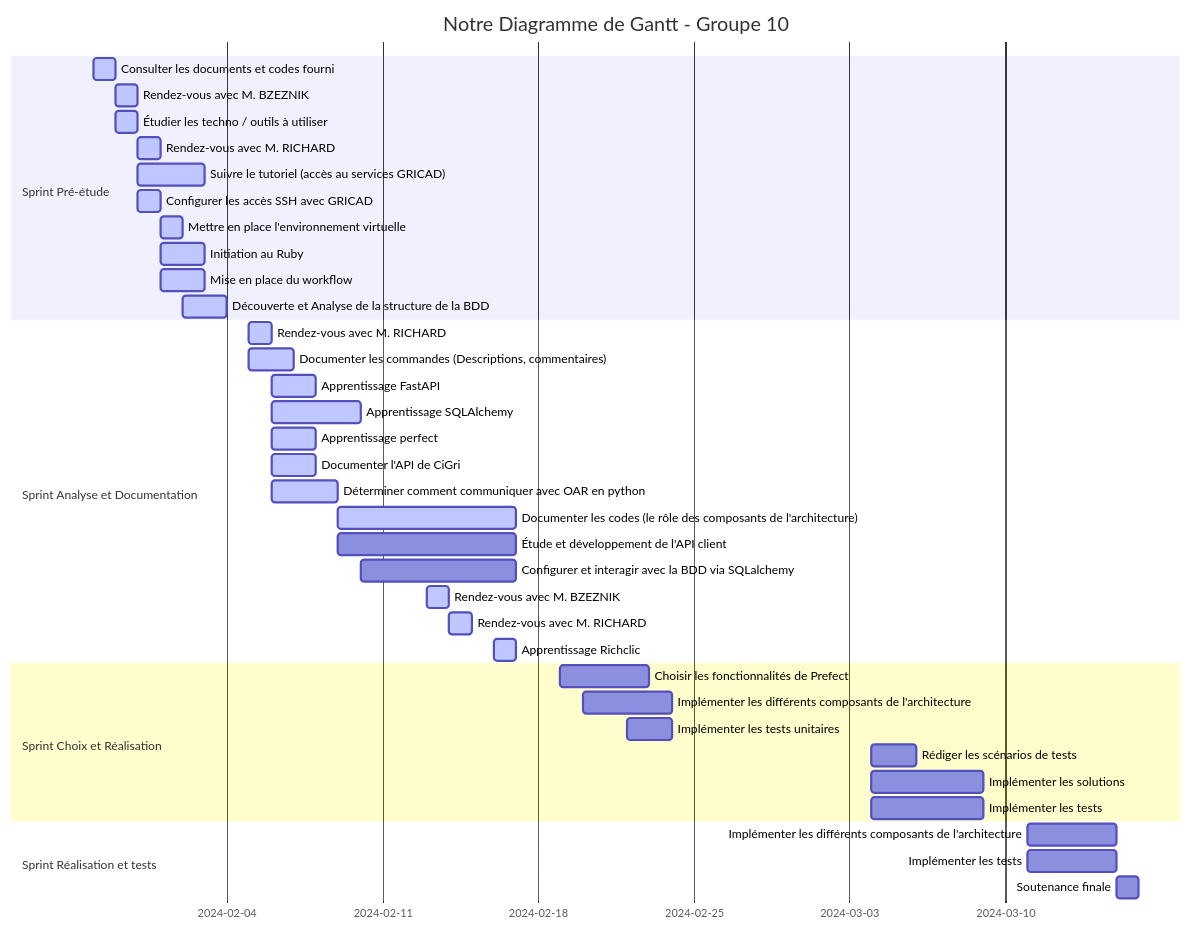
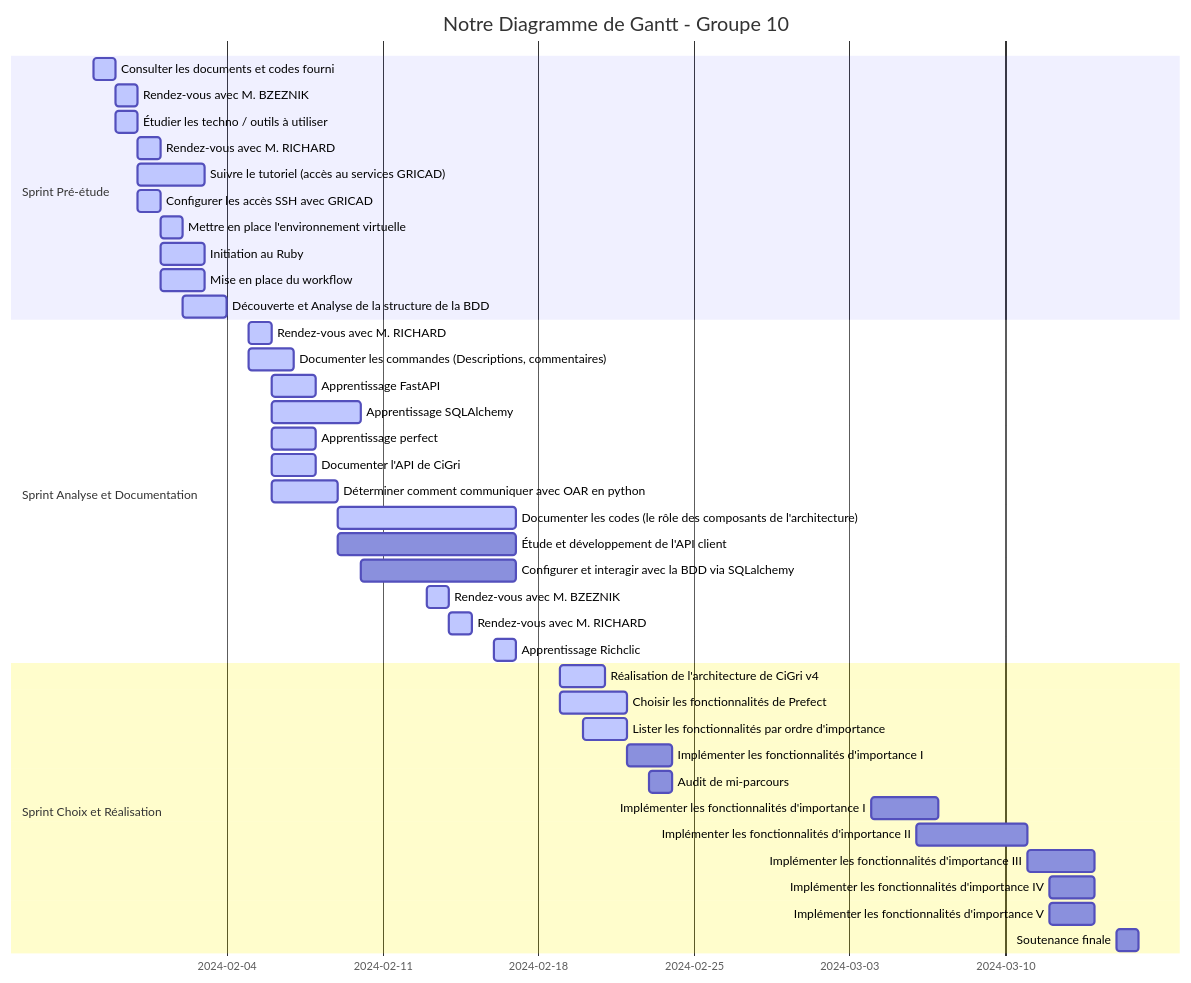
The diagram in gantt_diagram.md (2023-2024-PROJET-S10-G10/docs), drawn with Mermaid before and after one commit. The commit also changed 5 other files, not shown here.

Commit message:
added architecture_cigri_v4 + updated logbook, gantt and daily

````diff
--- a/gantt_diagram.md
+++ b/gantt_diagram.md
@@ -1,41 +1,42 @@
 ```mermaid
 gantt
     title Notre Diagramme de Gantt - Groupe 10
     dateFormat YYYY-MM-DD
     section Sprint Pré-étude
         Consulter les documents et codes fourni                         :active, 2024-01-29, 1d
         Rendez-vous avec M. BZEZNIK                                     :active, 2024-01-30, 1d
         Étudier les techno / outils à utiliser                          :active, 2024-01-30, 1d
         Rendez-vous avec M. RICHARD                                     :active, 2024-01-31, 1d
         Suivre le tutoriel (accès au services GRICAD)                   :active, 2024-01-31, 3d
         Configurer les accès SSH avec GRICAD                            :active, 2024-01-31, 1d
         Mettre en place l'environnement virtuelle                       :active, 2024-02-01, 1d
         Initiation au Ruby                                              :active, 2024-02-01, 2d
         Mise en place du workflow                                       :active, 2024-02-01, 2d
         Découverte et Analyse de la structure de la BDD                 :active, 2024-02-02, 2d
     section Sprint Analyse et Documentation
         Rendez-vous avec M. RICHARD                                     :active, 2024-02-05, 1d
         Documenter les commandes (Descriptions, commentaires)           :active, 2024-02-05, 2d
         Apprentissage FastAPI                                           :active, 2024-02-06, 2d
         Apprentissage SQLAlchemy                                        :active, 2024-02-06, 4d
         Apprentissage perfect                                           :active, 2024-02-06, 2d
         Documenter l'API de CiGri                                       :active, 2024-02-06, 2d
         Déterminer comment communiquer avec OAR en python               :active, 2024-02-06, 3d
         Documenter les codes (le rôle des composants de l'architecture) :active, 2024-02-09, 8d
         Étude et développement de l'API client                          : 2024-02-09, 8d
         Configurer et interagir avec la BDD via SQLalchemy              : 2024-02-10, 7d
         Rendez-vous avec M. BZEZNIK                                     :active, 2024-02-13, 1d
         Rendez-vous avec M. RICHARD                                     :active, 2024-02-14, 1d
         Apprentissage Richclic                                          :active, 2024-02-16, 1d
     section Sprint Choix et Réalisation
-        Choisir les fonctionnalités de Prefect                          : 2024-02-19, 4d
-        Implémenter les différents composants de l'architecture         : 2024-02-20, 4d
-        Implémenter les tests unitaires                                 : 2024-02-22, 2d
-        Rédiger les scénarios de tests                                  : 2024-03-04, 2d
-        Implémenter les solutions                                       : 2024-03-04, 5d
-        Implémenter les tests                                           : 2024-03-04, 5d
-    section Sprint Réalisation et tests
-        Implémenter les différents composants de l'architecture         : 2024-03-11, 4d
-        Implémenter les tests                                           : 2024-03-11, 4d
+        Réalisation de l'architecture de CiGri v4                       :active, 2024-02-19, 2d
+        Choisir les fonctionnalités de Prefect                          :active, 2024-02-19, 3d
+        Lister les fonctionnalités par ordre d'importance               :active, 2024-02-20, 2d
+        Implémenter les fonctionnalités d'importance I                  : 2024-02-22, 2d
+        Audit de mi-parcours                                            : 2024-02-23, 1d
+        Implémenter les fonctionnalités d'importance I                  : 2024-03-04, 3d
+        Implémenter les fonctionnalités d'importance II                 : 2024-03-06, 5d
+        Implémenter les fonctionnalités d'importance III                : 2024-03-11, 3d
+        Implémenter les fonctionnalités d'importance IV                 : 2024-03-12, 2d
+        Implémenter les fonctionnalités d'importance V                  : 2024-03-12, 2d
         Soutenance finale                                               : 2024-03-15, 1d
 ```
````
